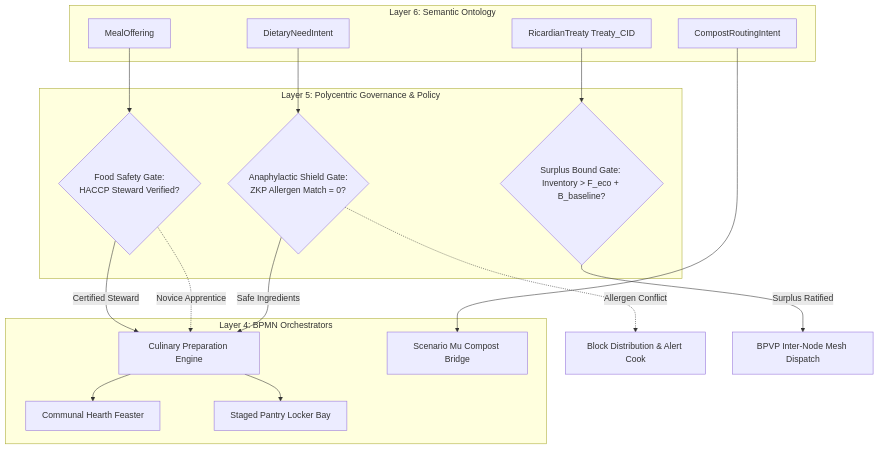
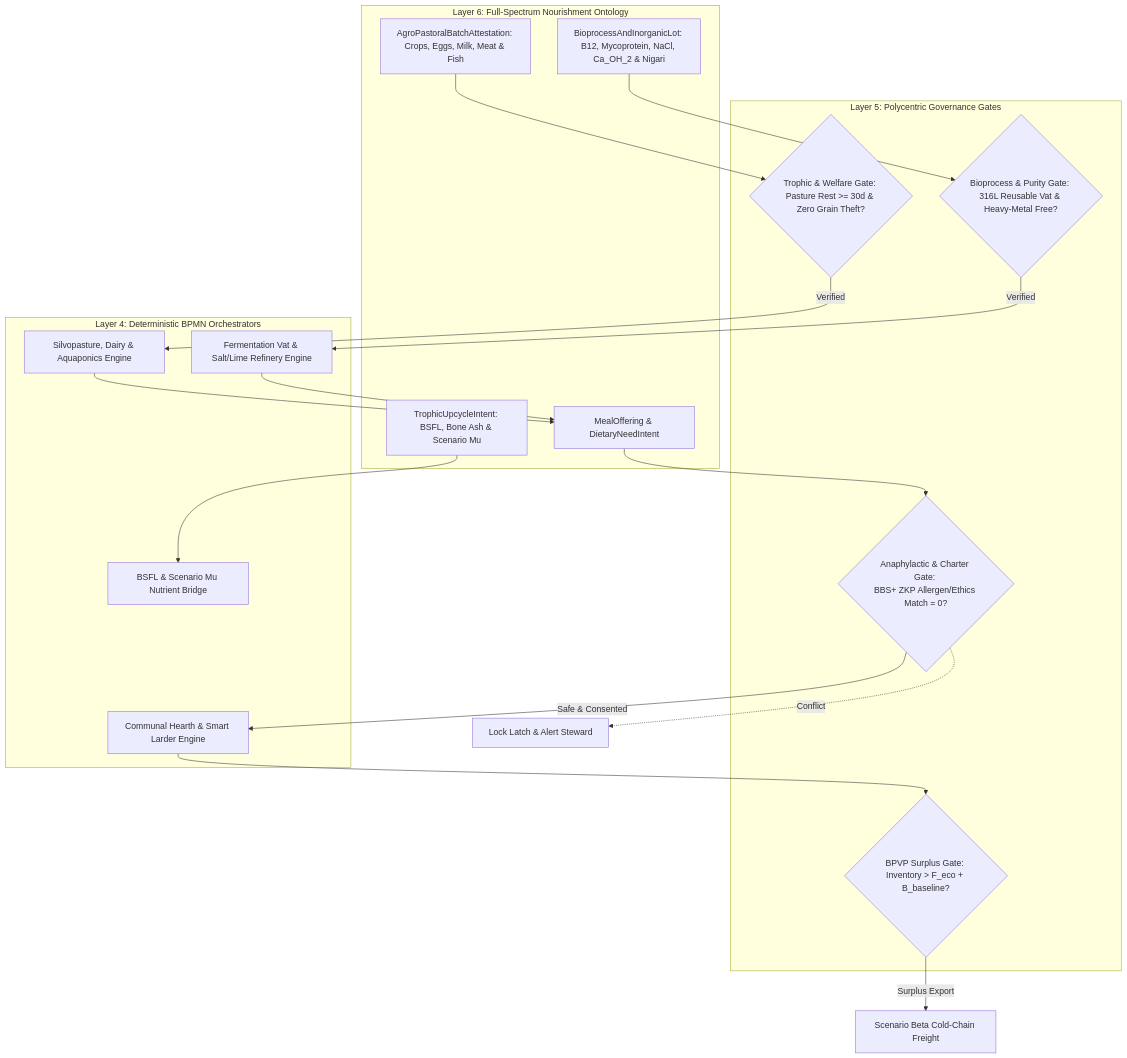
One commit to raffaine/collective changed the third of 3 diagrams in docs/scenarios/gamma_kitchen.md. Above: the diagram before and after it, drawn with Mermaid. The commit also changed other lines of this file and 56 other files, not shown here.

Commit message:
feat(sprints-11-14): implement Homestead playability, 3D pathfinding, Scenario Gamma kitchen, Async Node Proxies, and Layer 6/5/4 architecture

````diff
--- a/docs/scenarios/gamma_kitchen.md
+++ b/docs/scenarios/gamma_kitchen.md
@@ -139,38 +238,41 @@
 ```mermaid
 graph TD
-    subgraph Layer 6: Semantic Ontology
-        L6_Meal[MealOffering]
-        L6_Need[DietaryNeedIntent]
-        L6_Treaty[RicardianTreaty Treaty_CID]
-        L6_Compost[CompostRoutingIntent]
+    subgraph Layer 6: Full-Spectrum Nourishment Ontology
+        L6_Agro[AgroPastoralBatchAttestation: <br>Crops, Eggs, Milk, Meat & Fish]
+        L6_Bio[BioprocessAndInorganicLot: <br>B12, Mycoprotein, NaCl, Ca_OH_2 & Nigari]
+        L6_Meal[MealOffering & DietaryNeedIntent]
+        L6_Loop[TrophicUpcycleIntent: <br>BSFL, Bone Ash & Scenario Mu]
     end
 
-    subgraph Layer 5: Polycentric Governance & Policy
-        P_Allergy{Anaphylactic Shield Gate: <br>ZKP Allergen Match = 0?}
-        P_Floor{Surplus Bound Gate: <br>Inventory > F_eco + B_baseline?}
-        P_Skill{Food Safety Gate: <br>HACCP Steward Verified?}
+    subgraph Layer 5: Polycentric Governance Gates
+        P_Trophic{Trophic & Welfare Gate: <br>Pasture Rest >= 30d & Zero Grain Theft?}
+        P_EcoBio{Bioprocess & Purity Gate: <br>316L Reusable Vat & Heavy-Metal Free?}
+        P_Allergy{Anaphylactic & Charter Gate: <br>BBS+ ZKP Allergen/Ethics Match = 0?}
+        P_Surplus{BPVP Surplus Gate: <br>Inventory > F_eco + B_baseline?}
     end
 
-    subgraph Layer 4: BPMN Orchestrators
-        BPMN_Cook[Culinary Preparation Engine]
-        BPMN_Hearth[Communal Hearth Feaster]
-        BPMN_Locker[Staged Pantry Locker Bay]
-        BPMN_Mu[Scenario Mu Compost Bridge]
+    subgraph Layer 4: Deterministic BPMN Orchestrators
+        BPMN_Husbandry[Silvopasture, Dairy & Aquaponics Engine]
+        BPMN_Biochem[Fermentation Vat & Salt/Lime Refinery Engine]
+        BPMN_Hearth[Communal Hearth & Smart Larder Engine]
+        BPMN_Cycle[BSFL & Scenario Mu Nutrient Bridge]
     end
 
-    L6_Meal --> P_Skill
-    P_Skill -->|Certified Steward| BPMN_Cook
-    P_Skill -.->|Novice Apprentice| BPMN_Cook
+    L6_Agro --> P_Trophic
+    P_Trophic -->|Verified| BPMN_Husbandry
 
-    BPMN_Cook --> BPMN_Hearth
-    BPMN_Cook --> BPMN_Locker
+    L6_Bio --> P_EcoBio
+    P_EcoBio -->|Verified| BPMN_Biochem
 
-    L6_Need --> P_Allergy
-    P_Allergy -->|Safe Ingredients| BPMN_Cook
-    P_Allergy -.->|Allergen Conflict| Reject[Block Distribution & Alert Cook]
+    BPMN_Husbandry --> L6_Meal
+    BPMN_Biochem --> L6_Meal
 
-    L6_Treaty --> P_Floor
-    P_Floor -->|Surplus Ratified| BPVP_Export[BPVP Inter-Node Mesh Dispatch]
+    L6_Meal --> P_Allergy
+    P_Allergy -->|Safe & Consented| BPMN_Hearth
+    P_Allergy -.->|Conflict| Block[Lock Latch & Alert Steward]
 
-    L6_Compost --> BPMN_Mu
+    BPMN_Hearth --> P_Surplus
+    P_Surplus -->|Surplus Export| BPVP[Scenario Beta Cold-Chain Freight]
+
+    L6_Loop --> BPMN_Cycle
 ```
````
